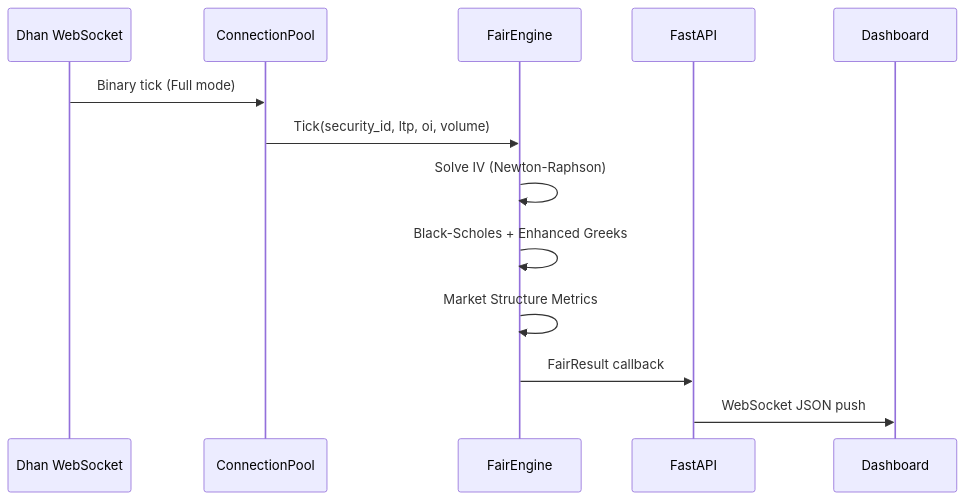
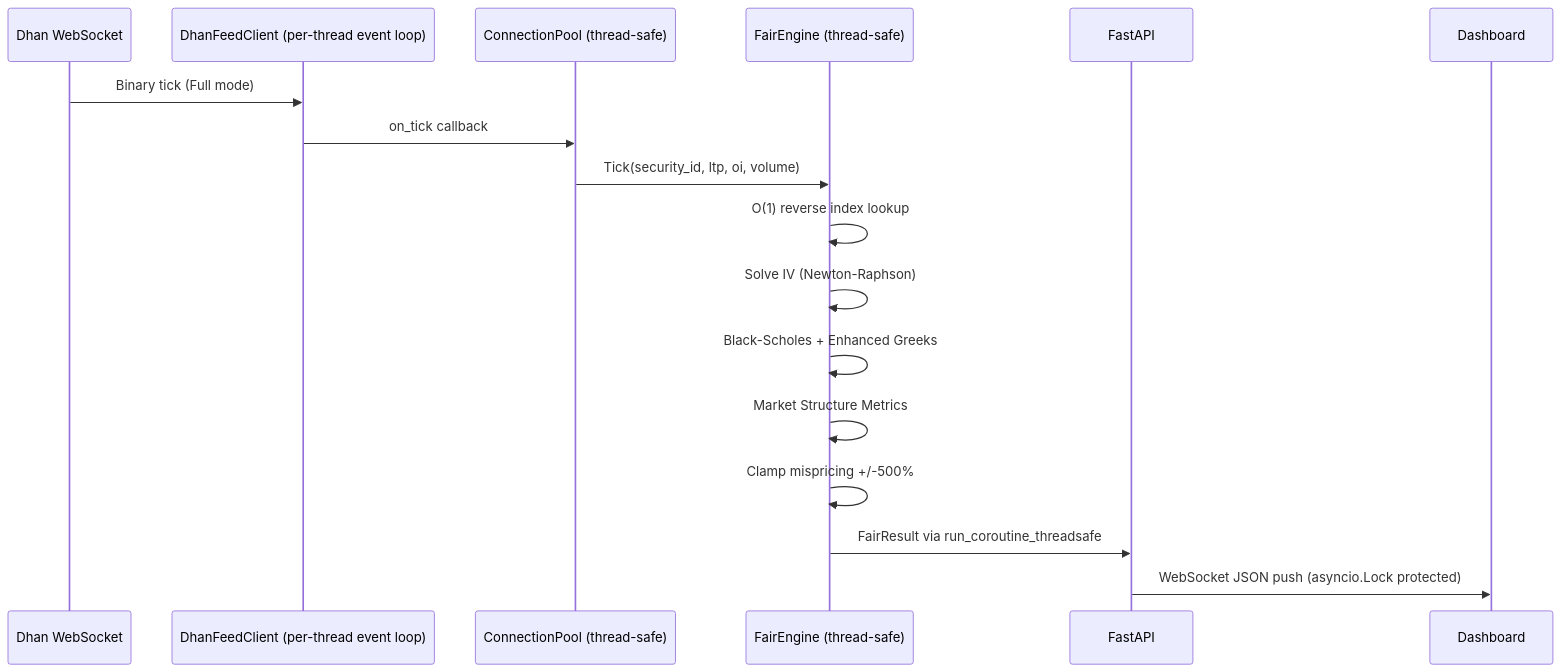
The second of 7 diagrams in docs/architecture.md (vakharwalad23/fair-value-engine), drawn with Mermaid before and after one commit. The commit also changed other lines of this file and 3 other files, not shown here.

````diff
--- a/docs/architecture.md
+++ b/docs/architecture.md
@@ -42,16 +42,20 @@
 ```mermaid
 sequenceDiagram
     participant Dhan as Dhan WebSocket
-    participant Pool as ConnectionPool
-    participant Engine as FairEngine
+    participant Feed as DhanFeedClient (per-thread event loop)
+    participant Pool as ConnectionPool (thread-safe)
+    participant Engine as FairEngine (thread-safe)
     participant API as FastAPI
     participant UI as Dashboard
 
-    Dhan->>Pool: Binary tick (Full mode)
+    Dhan->>Feed: Binary tick (Full mode)
+    Feed->>Pool: on_tick callback
     Pool->>Engine: Tick(security_id, ltp, oi, volume)
+    Engine->>Engine: O(1) reverse index lookup
     Engine->>Engine: Solve IV (Newton-Raphson)
     Engine->>Engine: Black-Scholes + Enhanced Greeks
     Engine->>Engine: Market Structure Metrics
-    Engine->>API: FairResult callback
-    API->>UI: WebSocket JSON push
+    Engine->>Engine: Clamp mispricing +/-500%
+    Engine->>API: FairResult via run_coroutine_threadsafe
+    API->>UI: WebSocket JSON push (asyncio.Lock protected)
 ```
````
